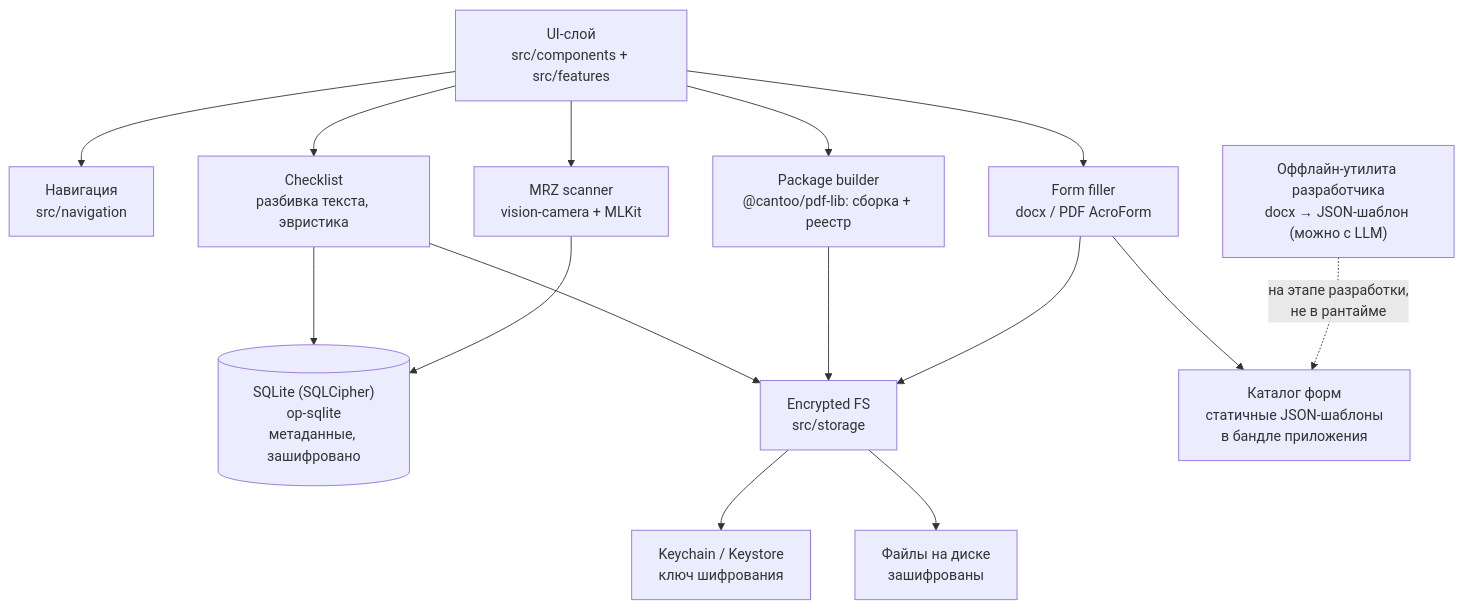
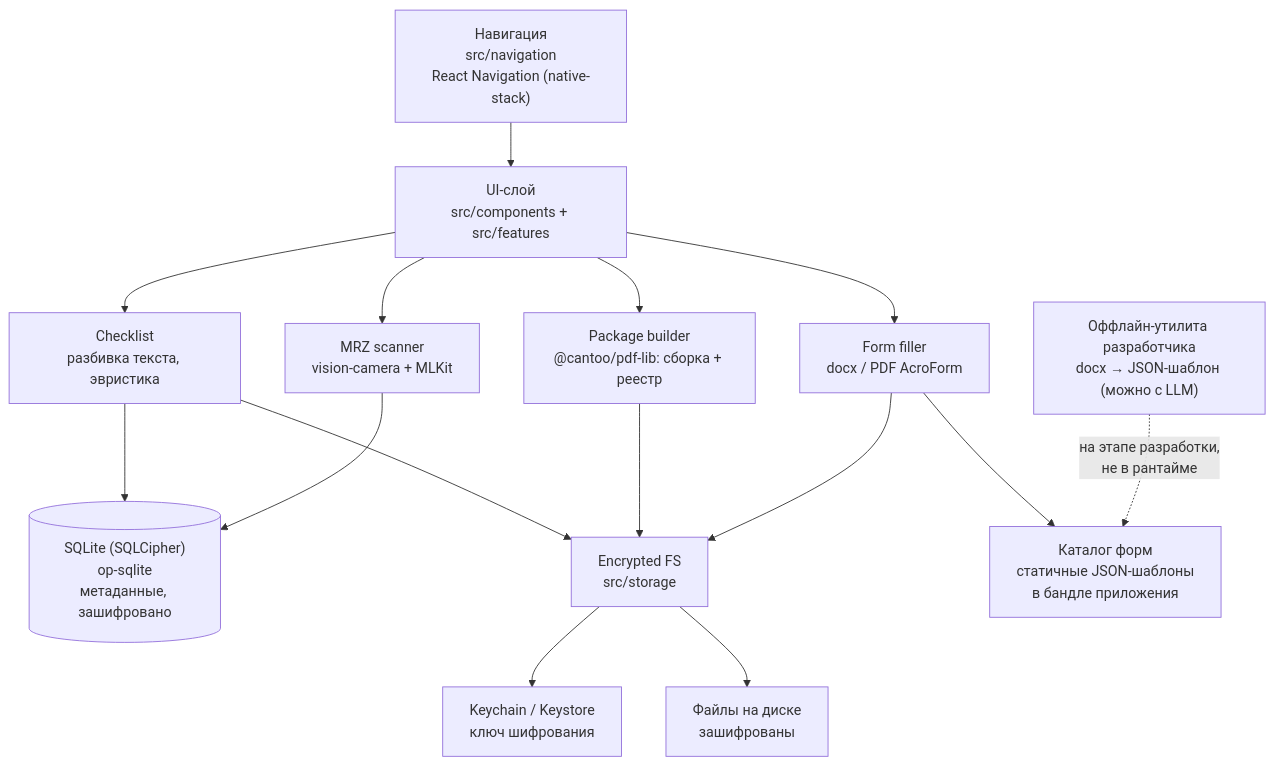
The diagram in docs/architecture.md (dplatonova1/go-docs), drawn with Mermaid before and after one commit. The commit also changed 51 other files, not shown here.

````diff
--- a/docs/architecture.md
+++ b/docs/architecture.md
@@ -22,23 +22,23 @@
 ```mermaid
 graph TD
     UI["UI-слой<br/>src/components + src/features"]
-    NAV["Навигация<br/>src/navigation"]
+    NAV["Навигация<br/>src/navigation<br/>React Navigation (native-stack)"]
 
-    UI --> NAV
+    NAV --> UI
     UI --> CHK["Checklist<br/>разбивка текста, эвристика"]
     UI --> PKG["Package builder<br/>@cantoo/pdf-lib: сборка + реестр"]
     UI --> FORMS["Form filler<br/>docx / PDF AcroForm"]
     UI --> MRZ["MRZ scanner<br/>vision-camera + MLKit"]
 
     CHK --> DB[("SQLite (SQLCipher)<br/>op-sqlite<br/>метаданные, зашифровано")]
     CHK --> FS["Encrypted FS<br/>src/storage"]
     PKG --> FS
     FORMS --> FS
     FORMS --> CAT["Каталог форм<br/>статичные JSON-шаблоны<br/>в бандле приложения"]
     MRZ --> DB
 
     FS --> KEY["Keychain / Keystore<br/>ключ шифрования"]
     FS --> DISK["Файлы на диске<br/>зашифрованы"]
 
     DEV["Оффлайн-утилита разработчика<br/>docx → JSON-шаблон (можно с LLM)"] -.->|"на этапе разработки,<br/>не в рантайме"| CAT
 ```
````
